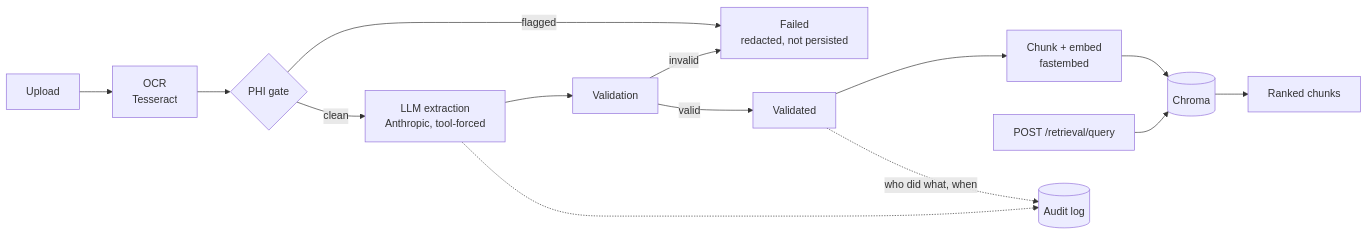
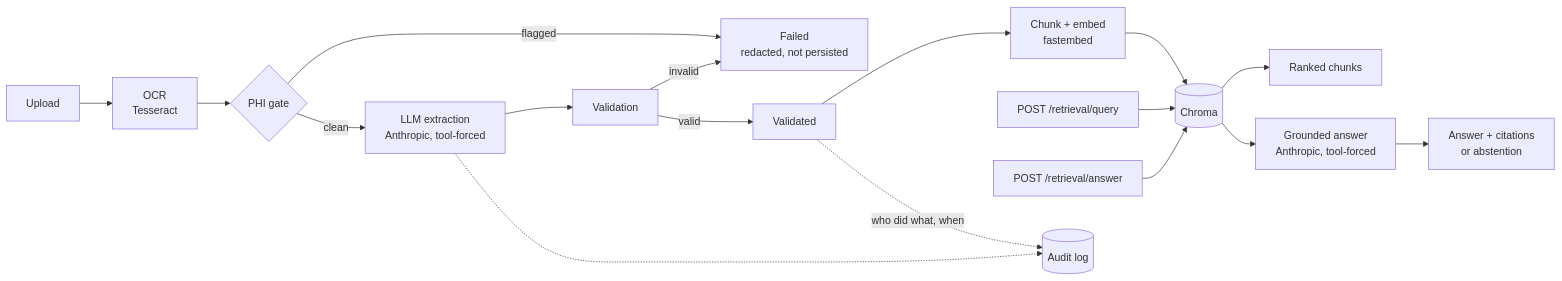
Before and after one commit to AkhilReddyJ7/clinical-ai-platform: the diagram in README.md, drawn with Mermaid. The commit also changed other lines of this file, not shown here.

````diff
--- a/README.md
+++ b/README.md
@@ -51,16 +60,19 @@
 ```mermaid
 flowchart LR
     U["Upload"] --> OCR["OCR<br/>Tesseract"]
     OCR --> PHI{"PHI gate"}
     PHI -->|clean| LLM["LLM extraction<br/>Anthropic, tool-forced"]
     PHI -->|flagged| FAIL["Failed<br/>redacted, not persisted"]
     LLM --> VAL["Validation"]
     VAL -->|valid| OK["Validated"]
     VAL -->|invalid| FAIL
     OK --> IDX["Chunk + embed<br/>fastembed"]
     IDX --> VDB[("Chroma")]
     Q["POST /retrieval/query"] --> VDB
     VDB --> R["Ranked chunks"]
+    QA["POST /retrieval/answer"] --> VDB
+    VDB --> GEN["Grounded answer<br/>Anthropic, tool-forced"]
+    GEN --> ANS["Answer + citations<br/>or abstention"]
     OK -.->|"who did what, when"| AUDIT[("Audit log")]
     LLM -.-> AUDIT
 ```
````
